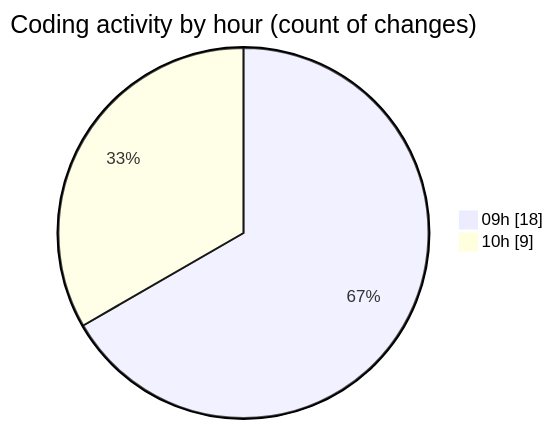
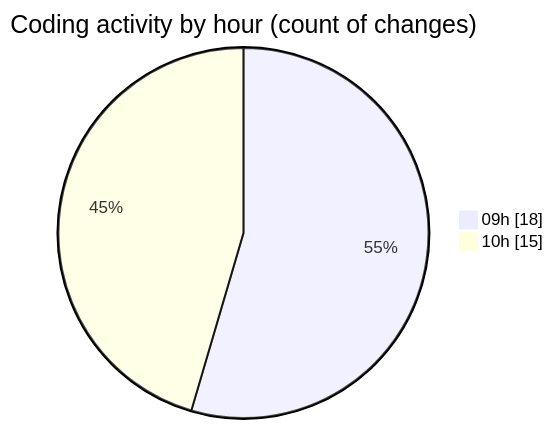
One commit to momahboobian/code-tracking changed the second of 2 diagrams in 2025-07-01/cda/README.md. Above: the diagram before and after it, drawn with Mermaid. The commit also changed other lines of this file and 1 other file, not shown here.

````diff
--- a/2025-07-01/cda/README.md
+++ b/2025-07-01/cda/README.md
@@ -33,6 +33,6 @@
 ```mermaid
 pie showData
 title Coding activity by hour (count of changes)
 "09h" : 18
-"10h" : 9
+"10h" : 15
 ```
````
